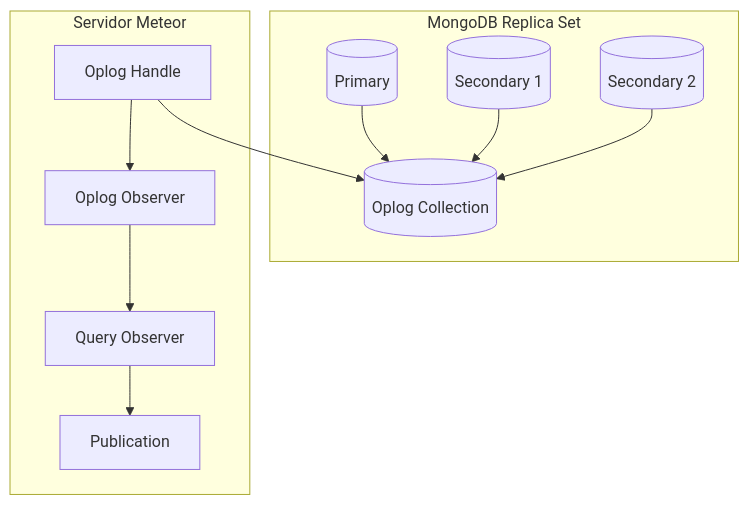
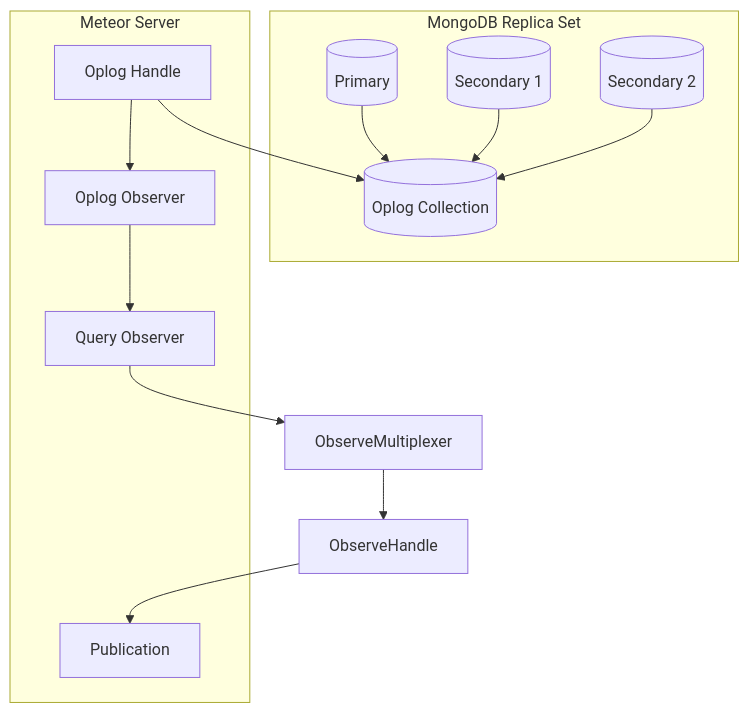
One commit to italojs/ddp-blog-post changed the ninth of 15 diagrams in readme.md. Above: the diagram before and after it, drawn with Mermaid. The commit also changed other lines of this file, not shown here.

````diff
--- a/readme.md
+++ b/readme.md
@@ -845,25 +1725,27 @@
 ```mermaid
 graph TB
     subgraph "MongoDB Replica Set"
         Primary[(Primary)]
         Secondary1[(Secondary 1)]
         Secondary2[(Secondary 2)]
         Oplog[(Oplog Collection)]
     end
     
-    subgraph "Servidor Meteor"
+    subgraph "Meteor Server"
         OplogHandle[Oplog Handle]
         OplogObserver[Oplog Observer]
         QueryObserver[Query Observer]
         Publication[Publication]
     end
     
     Primary --> Oplog
     Secondary1 --> Oplog
     Secondary2 --> Oplog
     
     OplogHandle --> Oplog
     OplogHandle --> OplogObserver
     OplogObserver --> QueryObserver
-    QueryObserver --> Publication
+    QueryObserver --> ObserveMultiplexer
+    ObserveMultiplexer --> ObserveHandle
+    ObserveHandle --> Publication
 ```
````
